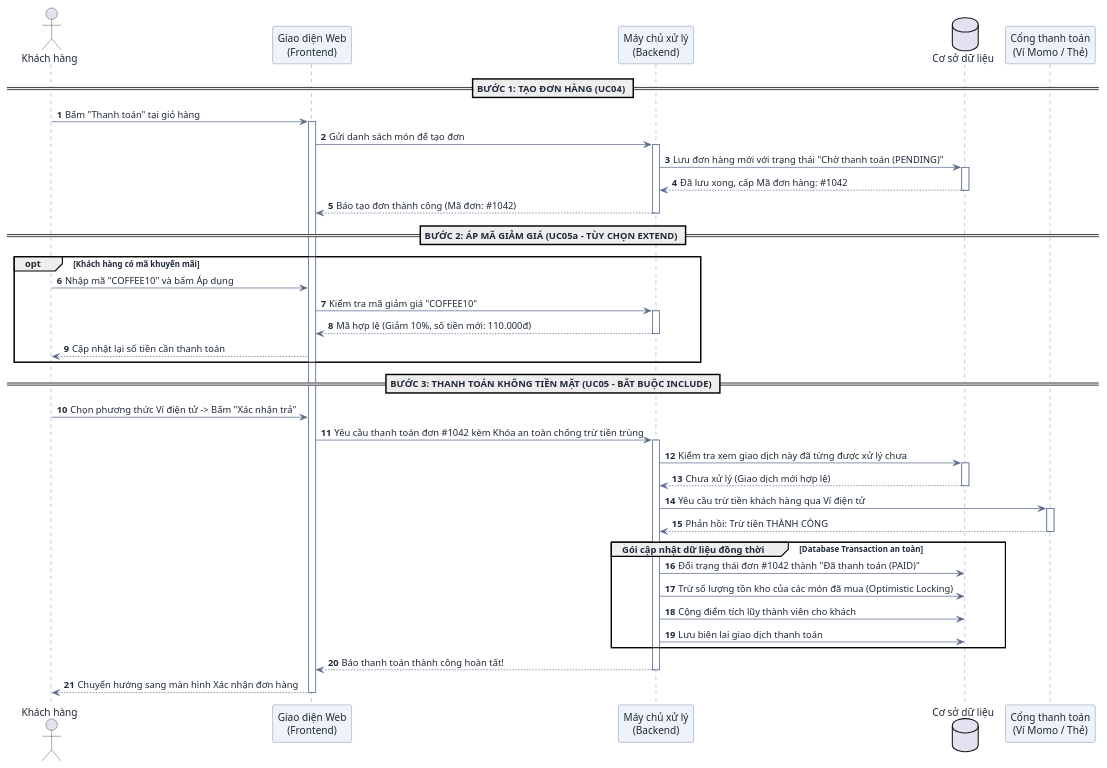
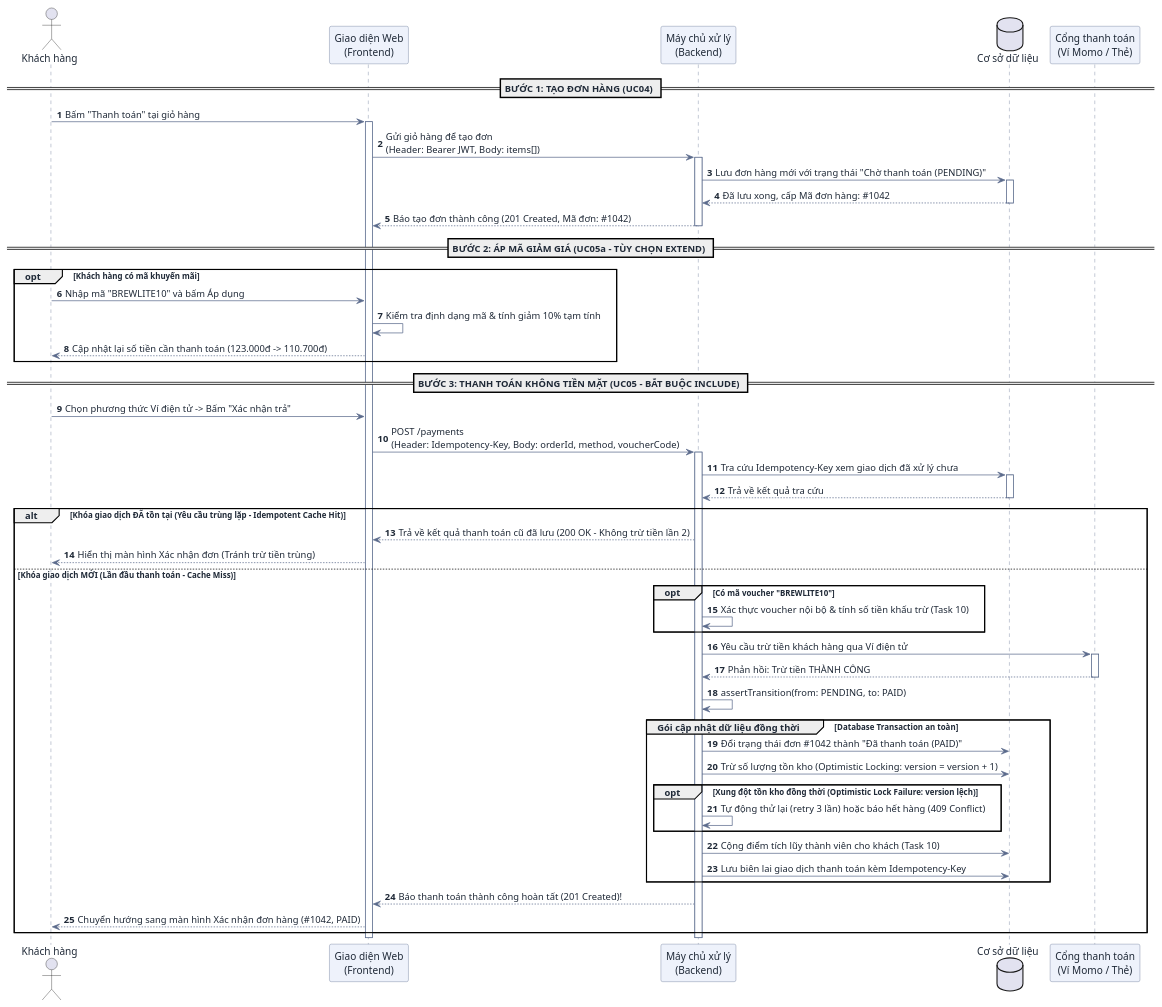
Before and after one commit to DuVinhLoi/BrewLite: the fourth of 6 diagrams in docs/user-sequence-specifications.md, drawn with PlantUML. The commit also changed other lines of this file, not shown here.

First line of the commit message:
docs: refine user sequence diagrams with task 10 criteria and rest alignment

````diff
--- a/docs/user-sequence-specifications.md
+++ b/docs/user-sequence-specifications.md
@@ -240,65 +243,75 @@
 ```plantuml
 @startuml
 skinparam DefaultFontColor #1f2937
 skinparam ArrowColor #5b6b8c
 skinparam SequenceParticipantBackgroundColor #eef2fb
 skinparam SequenceParticipantBorderColor #5b6b8c
 skinparam SequenceLifeLineBorderColor #5b6b8c
 
 autonumber
 actor "Khách hàng" as User
 participant "Giao diện Web\n(Frontend)" as FE
 participant "Máy chủ xử lý\n(Backend)" as BE
 database "Cơ sở dữ liệu" as DB
 participant "Cổng thanh toán\n(Ví Momo / Thẻ)" as Gateway
 
 == BƯỚC 1: TẠO ĐƠN HÀNG (UC04) ==
 User -> FE : Bấm "Thanh toán" tại giỏ hàng
 activate FE
-FE -> BE : Gửi danh sách món để tạo đơn
+FE -> BE : Gửi giỏ hàng để tạo đơn\n(Header: Bearer JWT, Body: items[])
 activate BE
 BE -> DB : Lưu đơn hàng mới với trạng thái "Chờ thanh toán (PENDING)"
 activate DB
 DB --> BE : Đã lưu xong, cấp Mã đơn hàng: #1042
 deactivate DB
-BE --> FE : Báo tạo đơn thành công (Mã đơn: #1042)
+BE --> FE : Báo tạo đơn thành công (201 Created, Mã đơn: #1042)
 deactivate BE
 
 == BƯỚC 2: ÁP MÃ GIẢM GIÁ (UC05a - TÙY CHỌN EXTEND) ==
 opt Khách hàng có mã khuyến mãi
-    User -> FE : Nhập mã "COFFEE10" và bấm Áp dụng
-    FE -> BE : Kiểm tra mã giảm giá "COFFEE10"
-    activate BE
-    BE --> FE : Mã hợp lệ (Giảm 10%, số tiền mới: 110.000đ)
-    deactivate BE
-    FE --> User : Cập nhật lại số tiền cần thanh toán
+    User -> FE : Nhập mã "BREWLITE10" và bấm Áp dụng
+    FE -> FE : Kiểm tra định dạng mã & tính giảm 10% tạm tính
+    FE --> User : Cập nhật lại số tiền cần thanh toán (123.000đ -> 110.700đ)
 end
 
 == BƯỚC 3: THANH TOÁN KHÔNG TIỀN MẶT (UC05 - BẮT BUỘC INCLUDE) ==
 User -> FE : Chọn phương thức Ví điện tử -> Bấm "Xác nhận trả"
-FE -> BE : Yêu cầu thanh toán đơn #1042 kèm Khóa an toàn chống trừ tiền trùng
+FE -> BE : POST /payments\n(Header: Idempotency-Key, Body: orderId, method, voucherCode)
 activate BE
 
-BE -> DB : Kiểm tra xem giao dịch này đã từng được xử lý chưa
+BE -> DB : Tra cứu Idempotency-Key xem giao dịch đã xử lý chưa
 activate DB
-DB --> BE : Chưa xử lý (Giao dịch mới hợp lệ)
+DB --> BE : Trả về kết quả tra cứu
 deactivate DB
 
-BE -> Gateway : Yêu cầu trừ tiền khách hàng qua Ví điện tử
-activate Gateway
-Gateway --> BE : Phản hồi: Trừ tiền THÀNH CÔNG
-deactivate Gateway
+alt Khóa giao dịch ĐÃ tồn tại (Yêu cầu trùng lặp - Idempotent Cache Hit)
+    BE --> FE : Trả về kết quả thanh toán cũ đã lưu (200 OK - Không trừ tiền lần 2)
+    FE --> User : Hiển thị màn hình Xác nhận đơn (Tránh trừ tiền trùng)
+else Khóa giao dịch MỚI (Lần đầu thanh toán - Cache Miss)
+    opt Có mã voucher "BREWLITE10"
+        BE -> BE : Xác thực voucher nội bộ & tính số tiền khấu trừ (Task 10)
+    end
+    BE -> Gateway : Yêu cầu trừ tiền khách hàng qua Ví điện tử
+    activate Gateway
+    Gateway --> BE : Phản hồi: Trừ tiền THÀNH CÔNG
+    deactivate Gateway
 
-group Gói cập nhật dữ liệu đồng thời [Database Transaction an toàn]
-    BE -> DB : Đổi trạng thái đơn #1042 thành "Đã thanh toán (PAID)"
-    BE -> DB : Trừ số lượng tồn kho của các món đã mua (Optimistic Locking)
-    BE -> DB : Cộng điểm tích lũy thành viên cho khách
-    BE -> DB : Lưu biên lai giao dịch thanh toán
+    BE -> BE : assertTransition(from: PENDING, to: PAID)
+
+    group Gói cập nhật dữ liệu đồng thời [Database Transaction an toàn]
+        BE -> DB : Đổi trạng thái đơn #1042 thành "Đã thanh toán (PAID)"
+        BE -> DB : Trừ số lượng tồn kho (Optimistic Locking: version = version + 1)
+        opt Xung đột tồn kho đồng thời (Optimistic Lock Failure: version lệch)
+            BE -> BE : Tự động thử lại (retry 3 lần) hoặc báo hết hàng (409 Conflict)
+        end
+        BE -> DB : Cộng điểm tích lũy thành viên cho khách (Task 10)
+        BE -> DB : Lưu biên lai giao dịch thanh toán kèm Idempotency-Key
+    end
+
+    BE --> FE : Báo thanh toán thành công hoàn tất (201 Created)!
+    FE --> User : Chuyển hướng sang màn hình Xác nhận đơn hàng (#1042, PAID)
 end
-
-BE --> FE : Báo thanh toán thành công hoàn tất!
 deactivate BE
-FE --> User : Chuyển hướng sang màn hình Xác nhận đơn hàng
 deactivate FE
 @enduml
 ```
````
